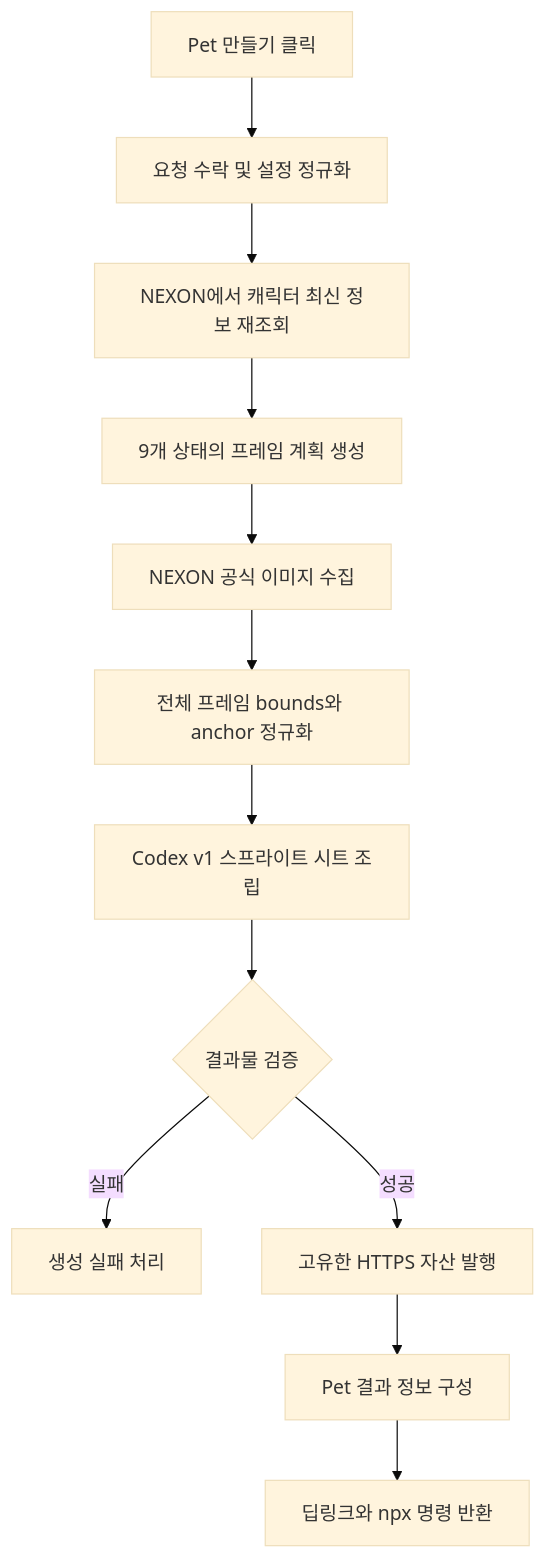
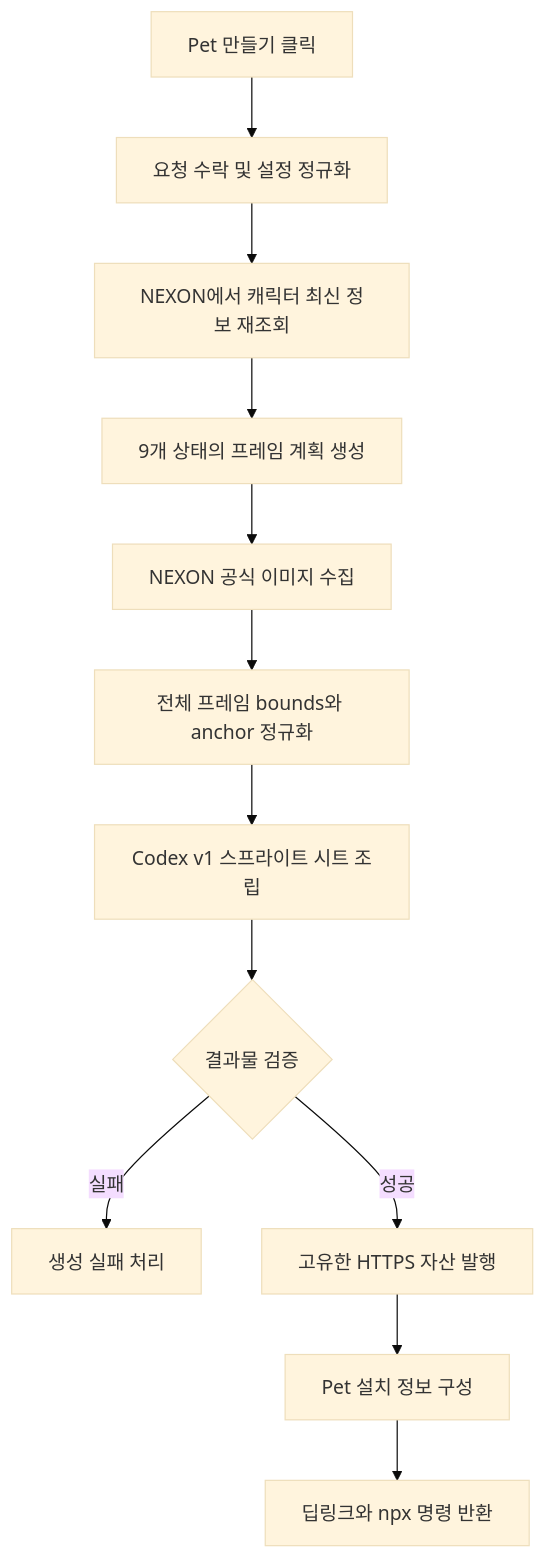
The diagram in docs/product-spec/pet-generation-flow.md (kangaroo19/maple-hatch-pet), drawn with Mermaid (base theme) before and after one commit. The commit also changed other lines of this file and 4 other files, not shown here.

````diff
--- a/docs/product-spec/pet-generation-flow.md
+++ b/docs/product-spec/pet-generation-flow.md
@@ -70,14 +71,14 @@
 ```mermaid
 flowchart TD
     A["Pet 만들기 클릭"] --> B["요청 수락 및 설정 정규화"]
     B --> C["NEXON에서 캐릭터 최신 정보 재조회"]
     C --> D["9개 상태의 프레임 계획 생성"]
     D --> E["NEXON 공식 이미지 수집"]
     E --> F["전체 프레임 bounds와 anchor 정규화"]
     F --> G["Codex v1 스프라이트 시트 조립"]
     G --> H{"결과물 검증"}
     H -->|"실패"| I["생성 실패 처리"]
     H -->|"성공"| J["고유한 HTTPS 자산 발행"]
-    J --> K["Pet 결과 정보 구성"]
+    J --> K["Pet 설치 정보 구성"]
     K --> L["딥링크와 npx 명령 반환"]
 ```
````
